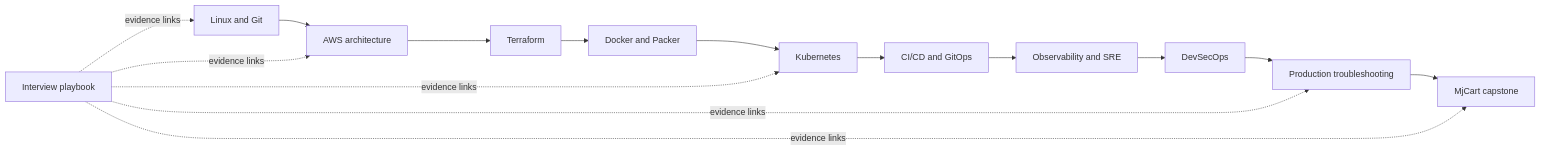
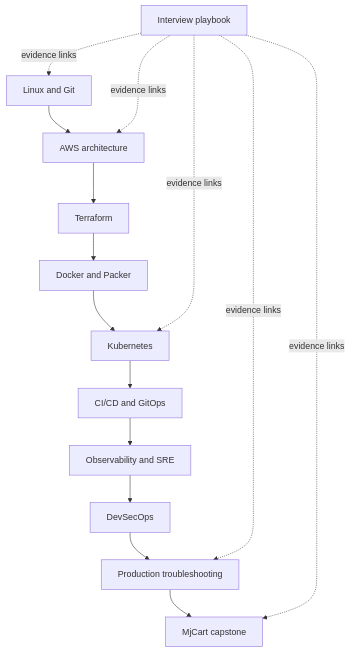
Before and after one commit to jeevanm84/jeevanm84: the diagram in docs/ECOSYSTEM.md, drawn with Mermaid. The commit also changed 1 other file, not shown here.

Commit message:
Improve portfolio diagram readability (#4)

````diff
--- a/docs/ECOSYSTEM.md
+++ b/docs/ECOSYSTEM.md
@@ -49,17 +49,17 @@
 ```mermaid
-flowchart LR
+flowchart TB
   Git[Linux and Git] --> AWS[AWS architecture]
   AWS --> TF[Terraform]
   TF --> Images[Docker and Packer]
   Images --> K8s[Kubernetes]
   K8s --> CICD[CI/CD and GitOps]
   CICD --> Obs[Observability and SRE]
   Obs --> Sec[DevSecOps]
   Sec --> Incident[Production troubleshooting]
   Incident --> Capstone[MjCart capstone]
   Interview[Interview playbook] -. evidence links .-> Git
   Interview -. evidence links .-> AWS
   Interview -. evidence links .-> K8s
   Interview -. evidence links .-> Incident
   Interview -. evidence links .-> Capstone
 ```
````
